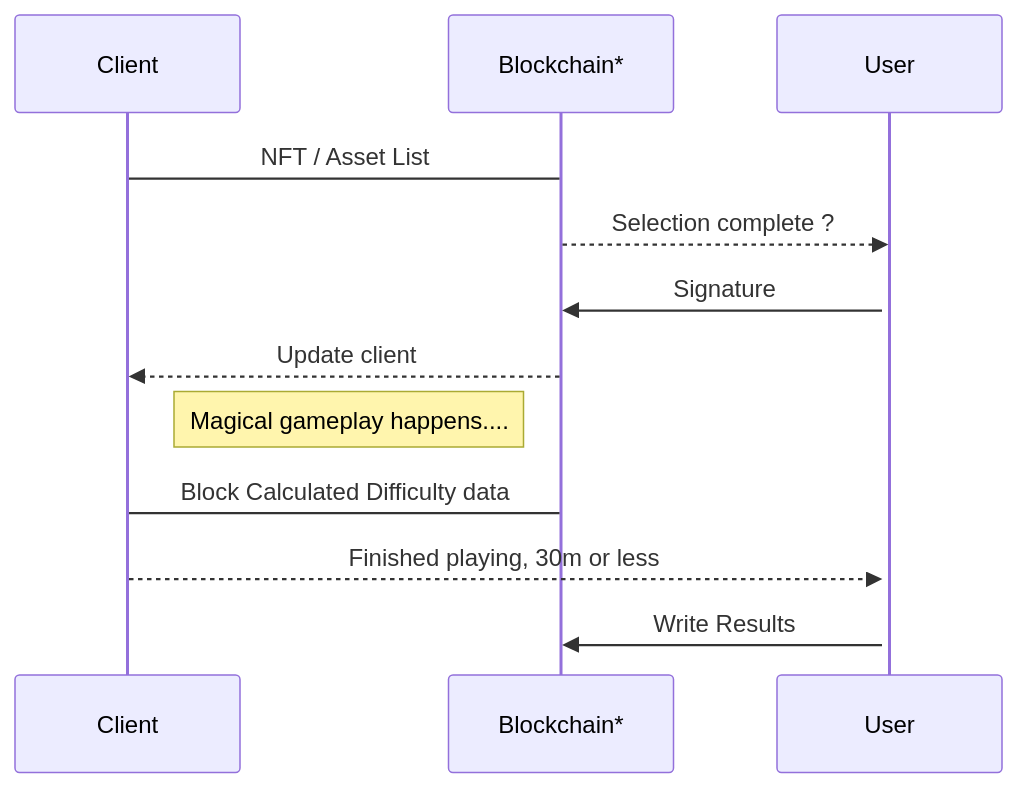
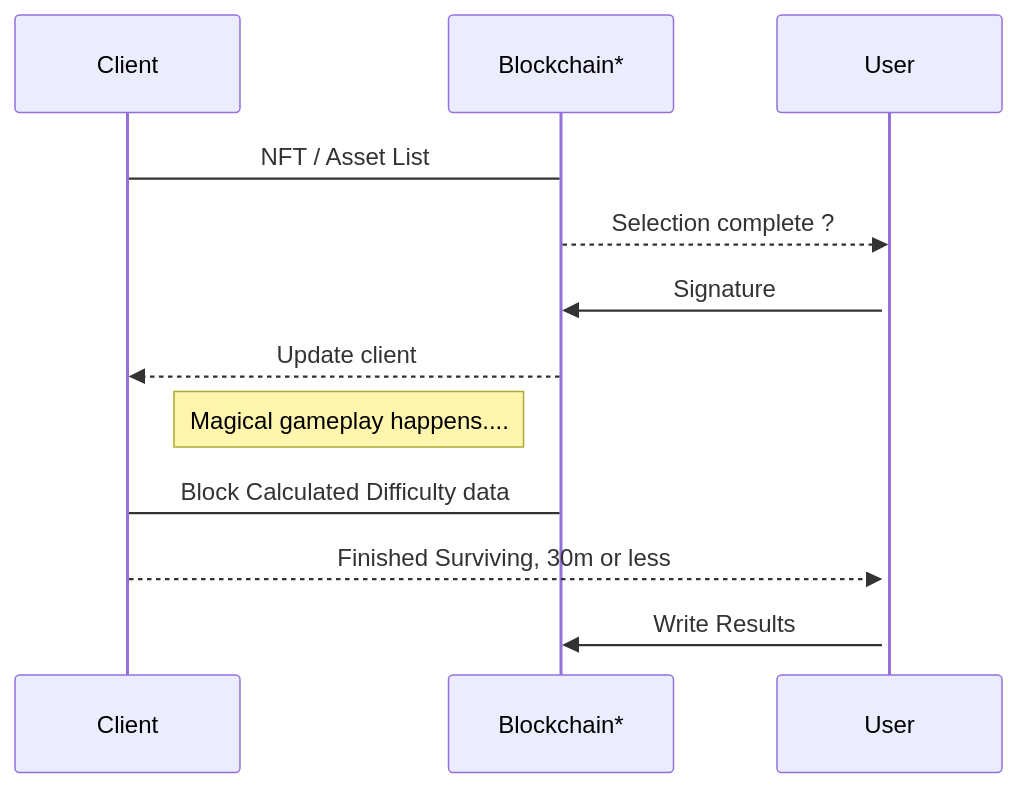
Before and after one commit to OnChainSurvivor/OnChainSurvivor: the first of 4 diagrams in README.md, drawn with Mermaid. The commit also changed other lines of this file, not shown here.

````diff
--- a/README.md
+++ b/README.md
@@ -112,12 +112,12 @@
 ```mermaid
 sequenceDiagram
 Client -> Blockchain*: NFT / Asset List
 Blockchain* -->>User: Selection complete ?
 activate User
 User->> Blockchain*: Signature 
 Blockchain*-->> Client:Update client
 Note left of Blockchain*: Magical gameplay happens....
 Blockchain* -> Client: Block Calculated Difficulty data
-Client-->>User: Finished playing, 30m or less
+Client-->>User: Finished Surviving, 30m or less
 User->> Blockchain*: Write Results
 ```
````
